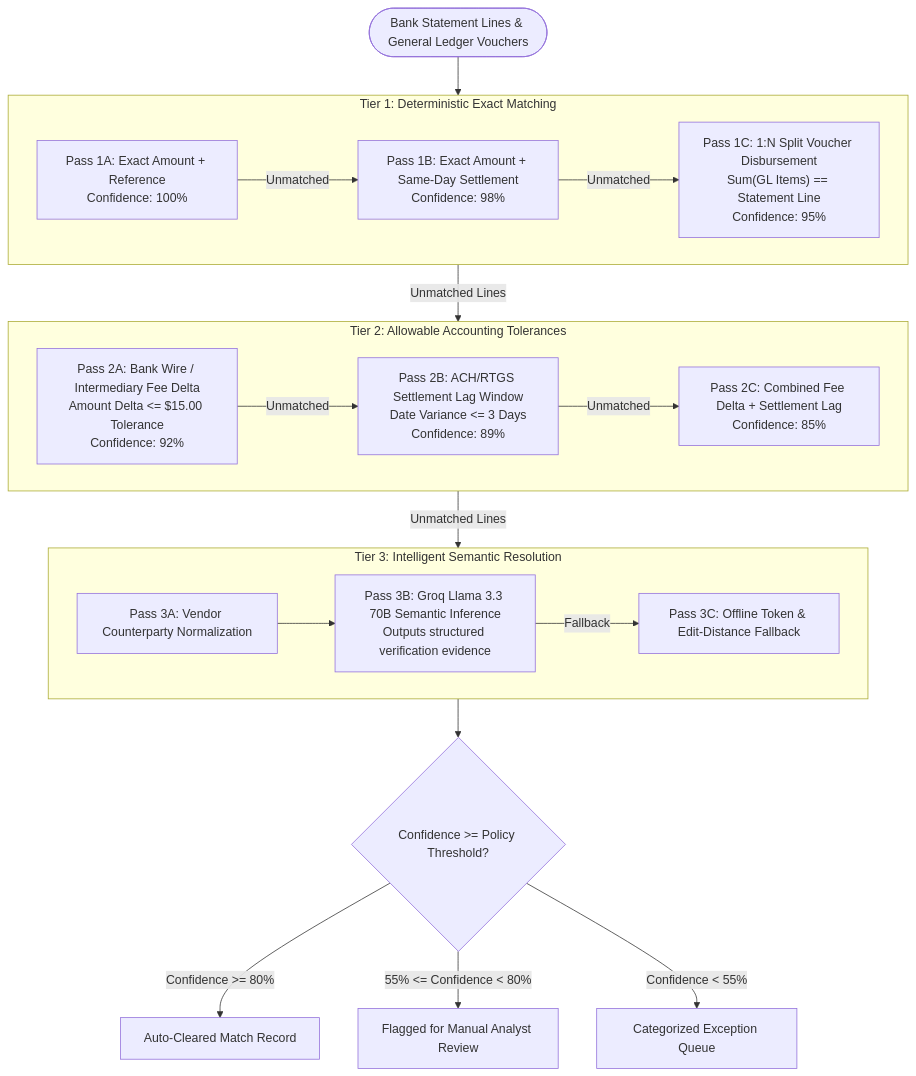
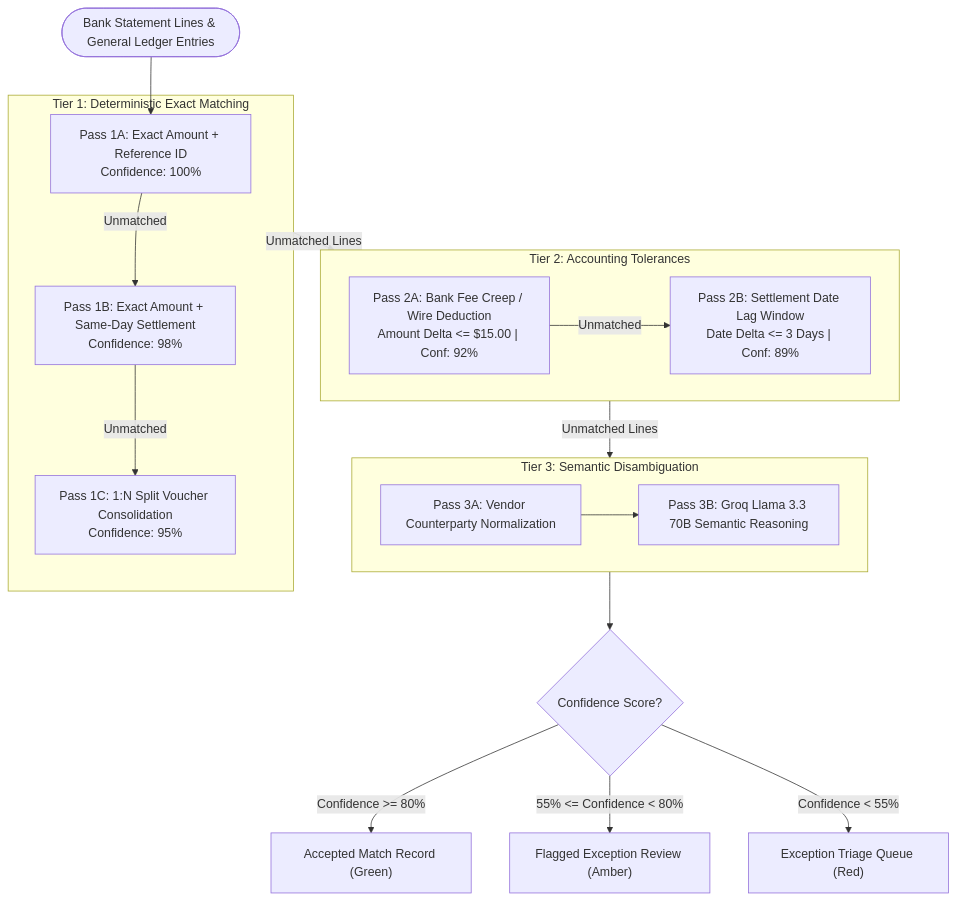
Before and after one commit to MazedOut/TallyBook_Ai_Finance_Controller: the second of 5 diagrams in README.md, drawn with Mermaid. The commit also changed other lines of this file and 33 other files, not shown here.

````diff
--- a/README.md
+++ b/README.md
@@ -73,34 +172,32 @@
 ```mermaid
 flowchart TD
-    INPUT([Bank Statement Lines & General Ledger Vouchers]) --> T1
+    INPUT([Bank Statement Lines & General Ledger Entries]) --> P1
 
-    subgraph T1 ["Tier 1: Deterministic Exact Matching"]
-        T1A["Pass 1A: Exact Amount + Reference\nConfidence: 100%"]
-        T1B["Pass 1B: Exact Amount + Same-Day Settlement\nConfidence: 98%"]
-        T1C["Pass 1C: 1:N Split Voucher Disbursement\nSum(GL Items) == Statement Line\nConfidence: 95%"]
-        T1A -->|Unmatched| T1B -->|Unmatched| T1C
+    subgraph Tier1 ["Tier 1: Deterministic Exact Matching"]
+        P1["Pass 1A: Exact Amount + Reference ID\nConfidence: 100%"]
+        P2["Pass 1B: Exact Amount + Same-Day Settlement\nConfidence: 98%"]
+        P3["Pass 1C: 1:N Split Voucher Consolidation\nConfidence: 95%"]
+        P1 -->|Unmatched| P2 -->|Unmatched| P3
     end
 
-    T1 -->|Unmatched Lines| T2
+    Tier1 -->|Unmatched Lines| Tier2
 
-    subgraph T2 ["Tier 2: Allowable Accounting Tolerances"]
-        T2A["Pass 2A: Bank Wire / Intermediary Fee Delta\nAmount Delta <= $15.00 Tolerance\nConfidence: 92%"]
-        T2B["Pass 2B: ACH/RTGS Settlement Lag Window\nDate Variance <= 3 Days\nConfidence: 89%"]
-        T2C["Pass 2C: Combined Fee Delta + Settlement Lag\nConfidence: 85%"]
-        T2A -->|Unmatched| T2B -->|Unmatched| T2C
+    subgraph Tier2 ["Tier 2: Accounting Tolerances"]
+        P4["Pass 2A: Bank Fee Creep / Wire Deduction\nAmount Delta <= $15.00 | Conf: 92%"]
+        P5["Pass 2B: Settlement Date Lag Window\nDate Delta <= 3 Days | Conf: 89%"]
+        P4 -->|Unmatched| P5
     end
 
-    T2 -->|Unmatched Lines| T3
+    Tier2 -->|Unmatched Lines| Tier3
 
-    subgraph T3 ["Tier 3: Intelligent Semantic Resolution"]
-        T3A["Pass 3A: Vendor Counterparty Normalization"]
-        T3B["Pass 3B: Groq Llama 3.3 70B Semantic Inference\nOutputs structured verification evidence"]
-        T3C["Pass 3C: Offline Token & Edit-Distance Fallback"]
-        T3A --> T3B -->|Fallback| T3C
+    subgraph Tier3 ["Tier 3: Semantic Disambiguation"]
+        P6["Pass 3A: Vendor Counterparty Normalization"]
+        P7["Pass 3B: Groq Llama 3.3 70B Semantic Reasoning"]
+        P6 --> P7
     end
 
-    T3 --> DECISION{Confidence >= Policy Threshold?}
-    DECISION -->|Confidence >= 80%| CLEAR[Auto-Cleared Match Record]
-    DECISION -->|55% <= Confidence < 80%| REVIEW[Flagged for Manual Analyst Review]
-    DECISION -->|Confidence < 55%| EXCEPTION[Categorized Exception Queue]
+    Tier3 --> DECISION{Confidence Score?}
+    DECISION -->|Confidence >= 80%| ACCEPTED["Accepted Match Record (Green)"]
+    DECISION -->|55% <= Confidence < 80%| FLAGGED["Flagged Exception Review (Amber)"]
+    DECISION -->|Confidence < 55%| EXCEPTION["Exception Triage Queue (Red)"]
 ```
````
